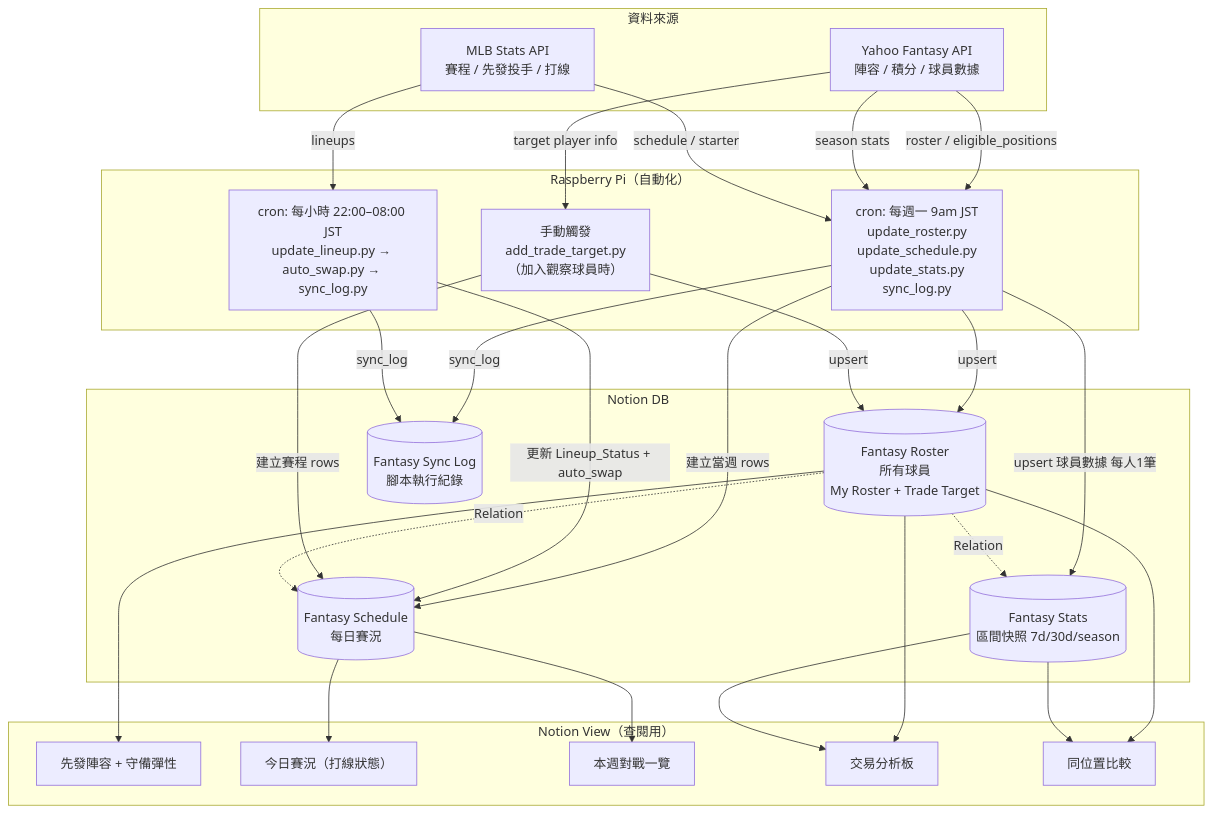
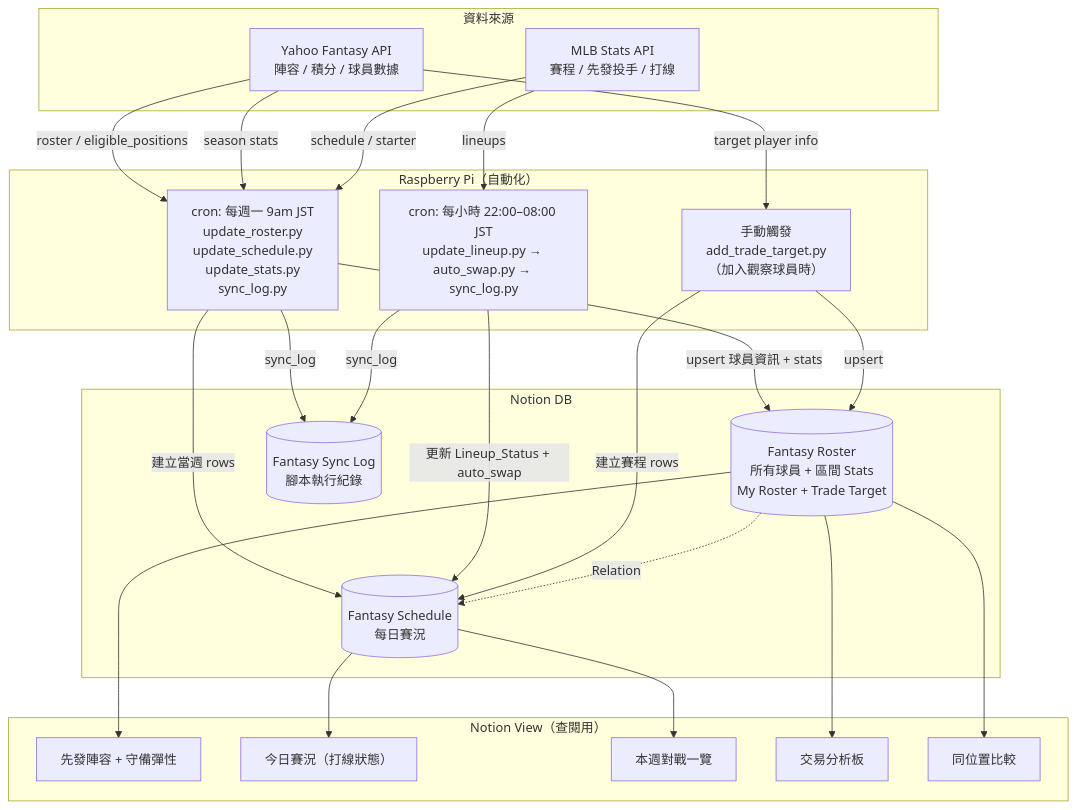
Before and after one commit to poyao-wang/fantasy-baseball: the diagram in notion-plan.md, drawn with Mermaid. The commit also changed other lines of this file and 2 other files, not shown here.

Commit message:
refactor: DB3 整合進 DB1，stats 直接 patch DB1 欄位

````diff
--- a/notion-plan.md
+++ b/notion-plan.md
@@ -5,51 +5,46 @@
 ```mermaid
 flowchart TD
     subgraph Sources["資料來源"]
         Y[Yahoo Fantasy API<br/>陣容 / 積分 / 球員數據]
         M[MLB Stats API<br/>賽程 / 先發投手 / 打線]
     end
 
     subgraph RPi["Raspberry Pi（自動化）"]
         S1["cron: 每週一 9am JST<br/>update_roster.py<br/>update_schedule.py<br/>update_stats.py<br/>sync_log.py"]
         S2["cron: 每小時 22:00–08:00 JST<br/>update_lineup.py → auto_swap.py → sync_log.py"]
         S3["手動觸發<br/>add_trade_target.py<br/>（加入觀察球員時）"]
     end
 
     subgraph Notion["Notion DB"]
-        DB1[("Fantasy Roster<br/>所有球員<br/>My Roster + Trade Target")]
+        DB1[("Fantasy Roster<br/>所有球員 + 區間 Stats<br/>My Roster + Trade Target")]
         DB2[("Fantasy Schedule<br/>每日賽況")]
-        DB3[("Fantasy Stats<br/>區間快照 7d/30d/season")]
         DB4[("Fantasy Sync Log<br/>腳本執行紀錄")]
     end
 
     subgraph Views["Notion View（查閱用）"]
         V1["先發陣容 + 守備彈性"]
         V2["今日賽況（打線狀態）"]
         V3["本週對戰一覽"]
         V4["交易分析板"]
         V5["同位置比較"]
     end
 
     Y -->|roster / eligible_positions| S1
     Y -->|season stats| S1
     M -->|schedule / starter| S1
     M -->|lineups| S2
     Y -->|target player info| S3
-    S1 -->|upsert| DB1
+    S1 -->|upsert 球員資訊 + stats| DB1
     S1 -->|建立當週 rows| DB2
-    S1 -->|upsert 球員數據 每人1筆| DB3
     S1 -->|sync_log| DB4
     S2 -->|更新 Lineup_Status + auto_swap| DB2
     S2 -->|sync_log| DB4
     S3 -->|upsert| DB1
     S3 -->|建立賽程 rows| DB2
     DB1 --> V1
     DB2 --> V2
     DB2 --> V3
     DB1 --> V4
-    DB3 --> V4
     DB1 --> V5
-    DB3 --> V5
     DB1 -.->|Relation| DB2
-    DB1 -.->|Relation| DB3
 ```
````
